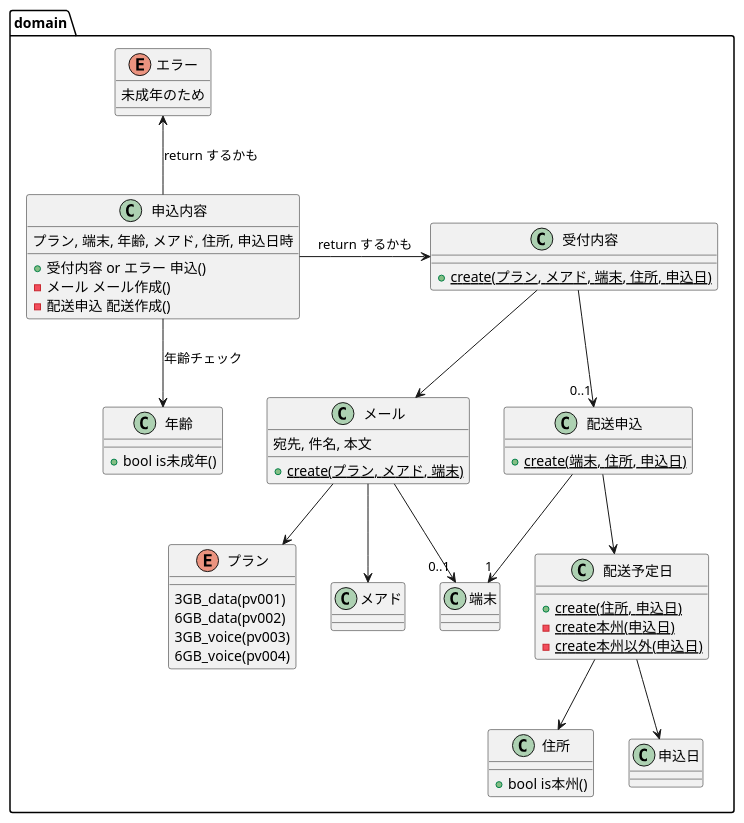
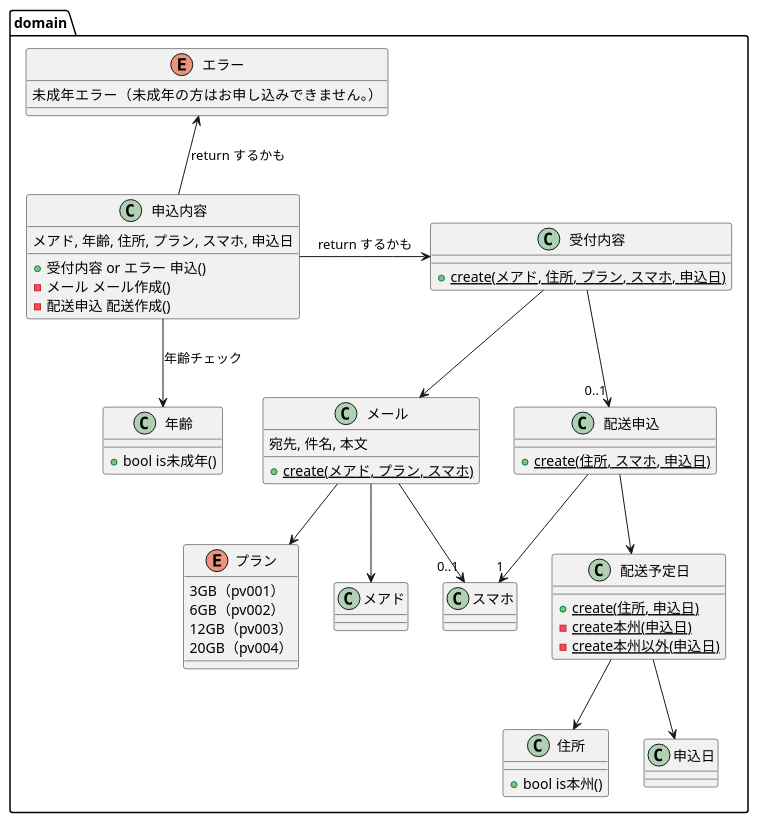
One commit to suzuki-hoge/genbade-ddd-tokyo changed the diagram in 6-verb.puml. Above: the diagram before and after it, drawn with PlantUML. The commit also changed 177 other files, not shown here.

```diff
--- a/6-verb.puml
+++ b/6-verb.puml
@@ -1,72 +1,68 @@
 @startuml
 
 package domain {
   enum エラー {
-    未成年のため
+    未成年エラー（未成年の方はお申し込みできません。）
   }
 
   class 申込内容 {
-    プラン, 端末, 年齢, メアド, 住所, 申込日時
+    メアド, 年齢, 住所, プラン, スマホ, 申込日
     + 受付内容 or エラー 申込()
     - メール メール作成()
     - 配送申込 配送作成()
   }
 
   enum プラン {
-    3GB_data(pv001)
-    6GB_data(pv002)
-    3GB_voice(pv003)
-    6GB_voice(pv004)
+    3GB（pv001）
+    6GB（pv002）
+    12GB（pv003）
+    20GB（pv004）
   }
-
-  class 端末
 
   class 年齢 {
     + bool is未成年()
   }
-
-  class メアド
 
   class 住所 {
     + bool is本州()
   }
 
   申込内容 --> 年齢 : 年齢チェック
 
   class 配送予定日 {
     + {static} create(住所, 申込日)
     - {static} create本州(申込日)
     - {static} create本州以外(申込日)
   }
 
   配送予定日 --> 住所
   配送予定日 --> 申込日
 
   class 配送申込 {
-    + {static} create(端末, 住所, 申込日)
+    + {static} create(住所, スマホ, 申込日)
   }
 
   配送申込 --> 配送予定日
-  配送申込 --> "1" 端末
+  配送申込 --> "1" スマホ
 
   class 受付内容 {
-    + {static} create(プラン, メアド, 端末, 住所, 申込日)
+    + {static} create(メアド, 住所, プラン, スマホ, 申込日)
   }
 
   受付内容 --> "0..1" 配送申込
   受付内容 --> メール
 
   class メール {
     宛先, 件名, 本文
-    + {static} create(プラン, メアド, 端末)
+    + {static} create(メアド, プラン, スマホ)
   }
 
   メール --> プラン
-  メール --> "0..1" 端末
+  メール --> "0..1" スマホ
   メール --> メアド
 
   申込内容 -r-> 受付内容 : return するかも
   申込内容 -u-> エラー : return するかも
 }
 
 @enduml
```
